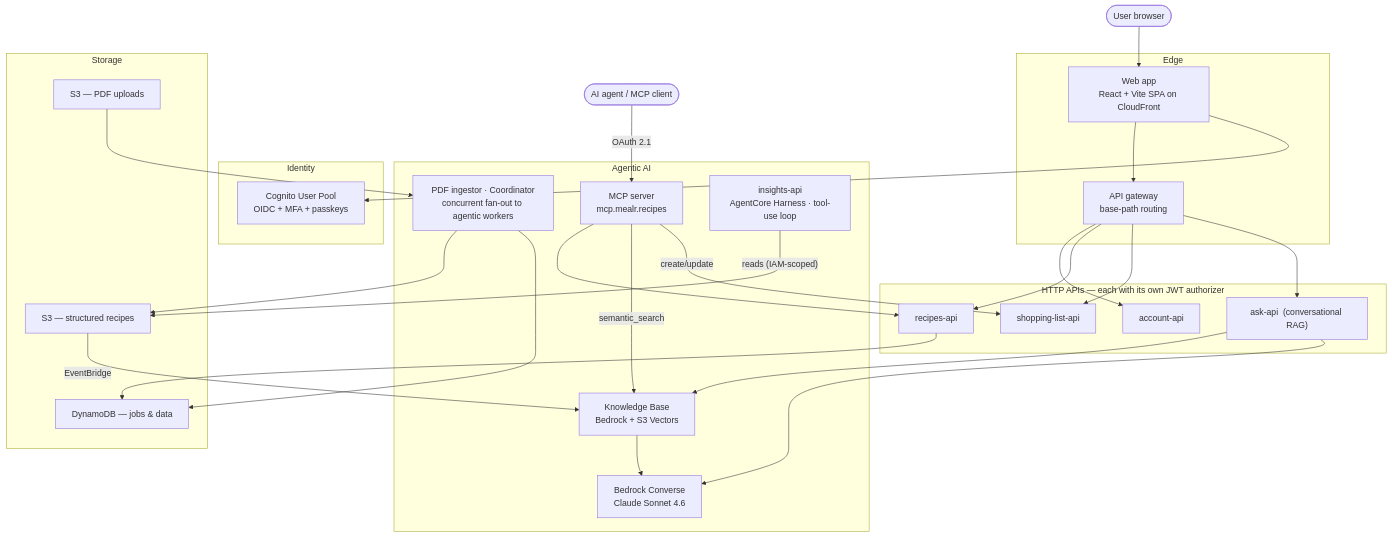
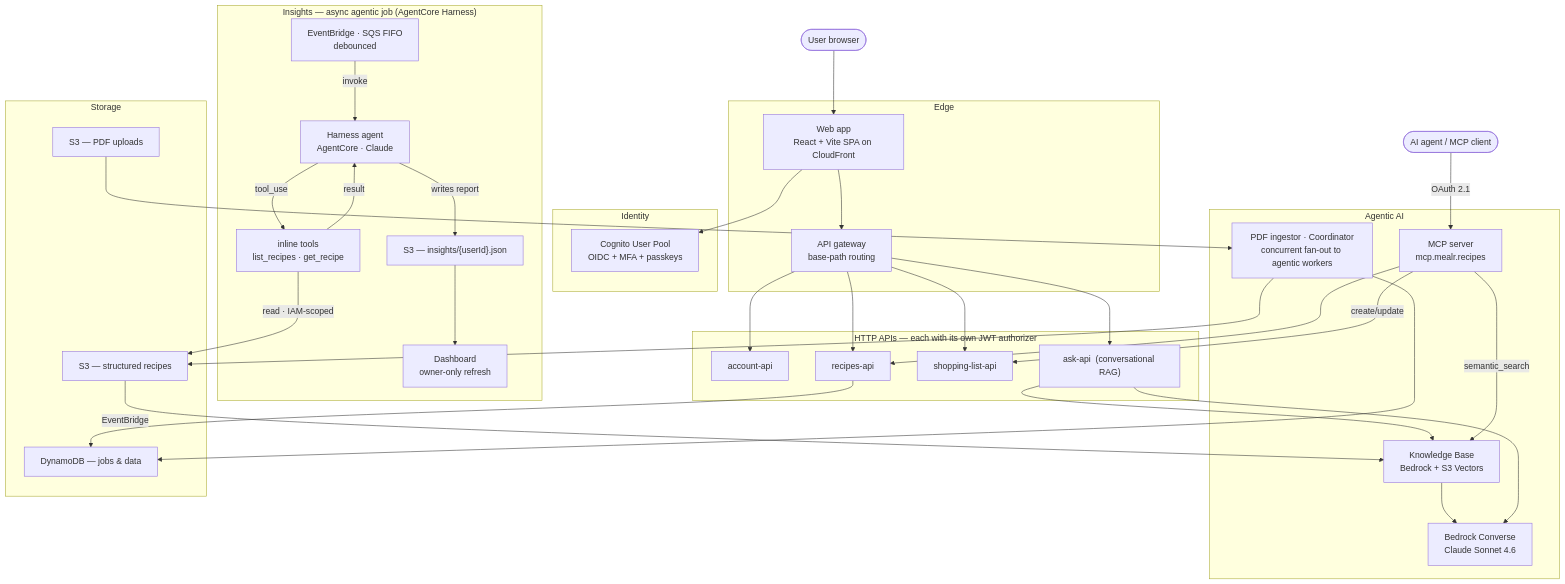
The diagram in README.md (dbryant4/mealr-case-study), drawn with Mermaid before and after one commit.

Commit message:
v1.6.0 — Mermaid: add Insights subgraph with agentic tool-use loop (matches SVG section 5)

````diff
--- a/README.md
+++ b/README.md
@@ -82,51 +82,62 @@
 ```mermaid
 flowchart TB
   user(["User browser"])
 
   subgraph edge ["Edge"]
     web["Web app<br/>React + Vite SPA on CloudFront"]
     gw["API gateway<br/>base-path routing"]
   end
 
   subgraph identity ["Identity"]
     cognito["Cognito User Pool<br/>OIDC + MFA + passkeys"]
   end
 
   subgraph apis ["HTTP APIs — each with its own JWT authorizer"]
     account["account-api"]
     recipes["recipes-api"]
     shopping["shopping-list-api"]
     ask["ask-api  (conversational RAG)"]
   end
 
   subgraph ai ["Agentic AI"]
     kb["Knowledge Base<br/>Bedrock + S3 Vectors"]
     bedrock["Bedrock Converse<br/>Claude Sonnet 4.6"]
     ingest["PDF ingestor · Coordinator<br/>concurrent fan-out to agentic workers"]
     mcp["MCP server<br/>mcp.mealr.recipes"]
-    insights["insights-api<br/>AgentCore Harness · tool-use loop"]
   end
 
   agent(["AI agent / MCP client"])
+
+  subgraph insvc ["Insights — async agentic job (AgentCore Harness)"]
+    itrig["EventBridge · SQS FIFO<br/>debounced"]
+    iagent["Harness agent<br/>AgentCore · Claude"]
+    itools["inline tools<br/>list_recipes · get_recipe"]
+    iout["S3 — insights/{userId}.json"]
+    dash["Dashboard<br/>owner-only refresh"]
+  end
 
   subgraph data ["Storage"]
     s3in["S3 — PDF uploads"]
     s3out["S3 — structured recipes"]
     ddb["DynamoDB — jobs & data"]
   end
 
   user --> web --> gw
   web --> cognito
   gw --> account & recipes & shopping & ask
   s3in --> ingest --> s3out
   s3out -- EventBridge --> kb
   ask --> kb --> bedrock
   ask --> bedrock
   agent -- OAuth 2.1 --> mcp
   mcp --> recipes
   mcp -- semantic_search --> kb
   mcp -- create/update --> shopping
-  insights -- reads (IAM-scoped) --> s3out
+  itrig -- invoke --> iagent
+  iagent -- tool_use --> itools
+  itools -- result --> iagent
+  itools -- read · IAM-scoped --> s3out
+  iagent -- writes report --> iout --> dash
   recipes --> ddb
   ingest --> ddb
 ```
````
